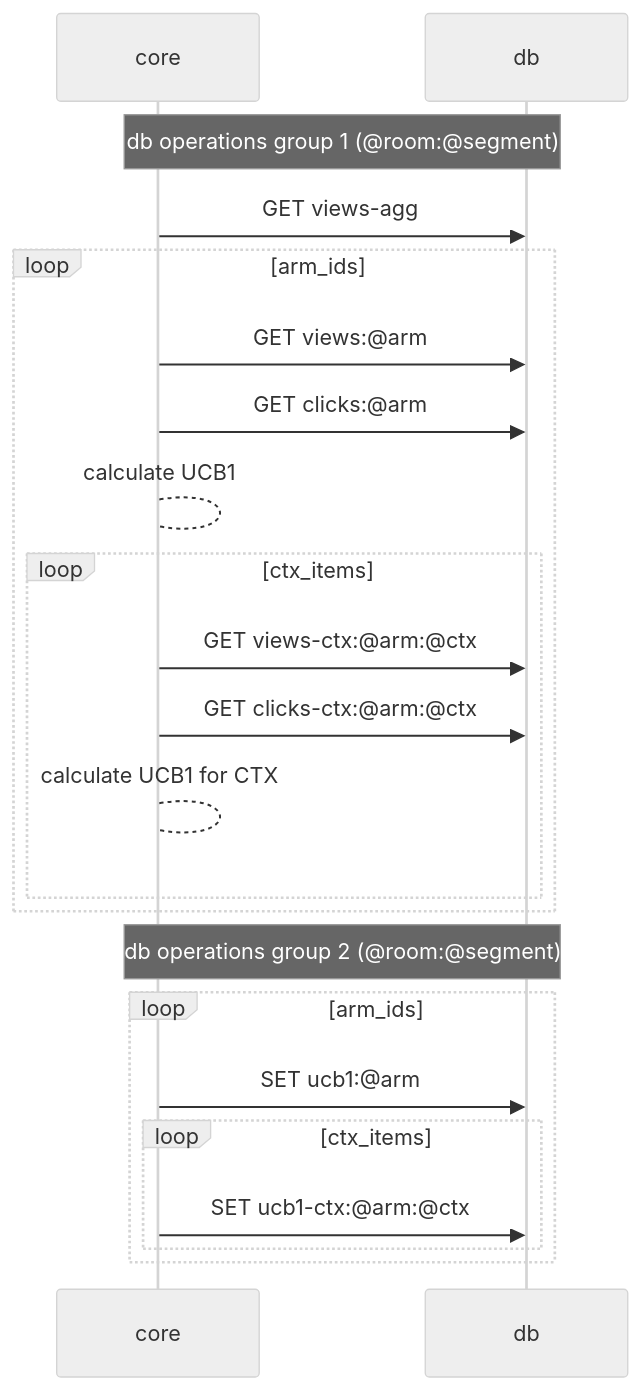
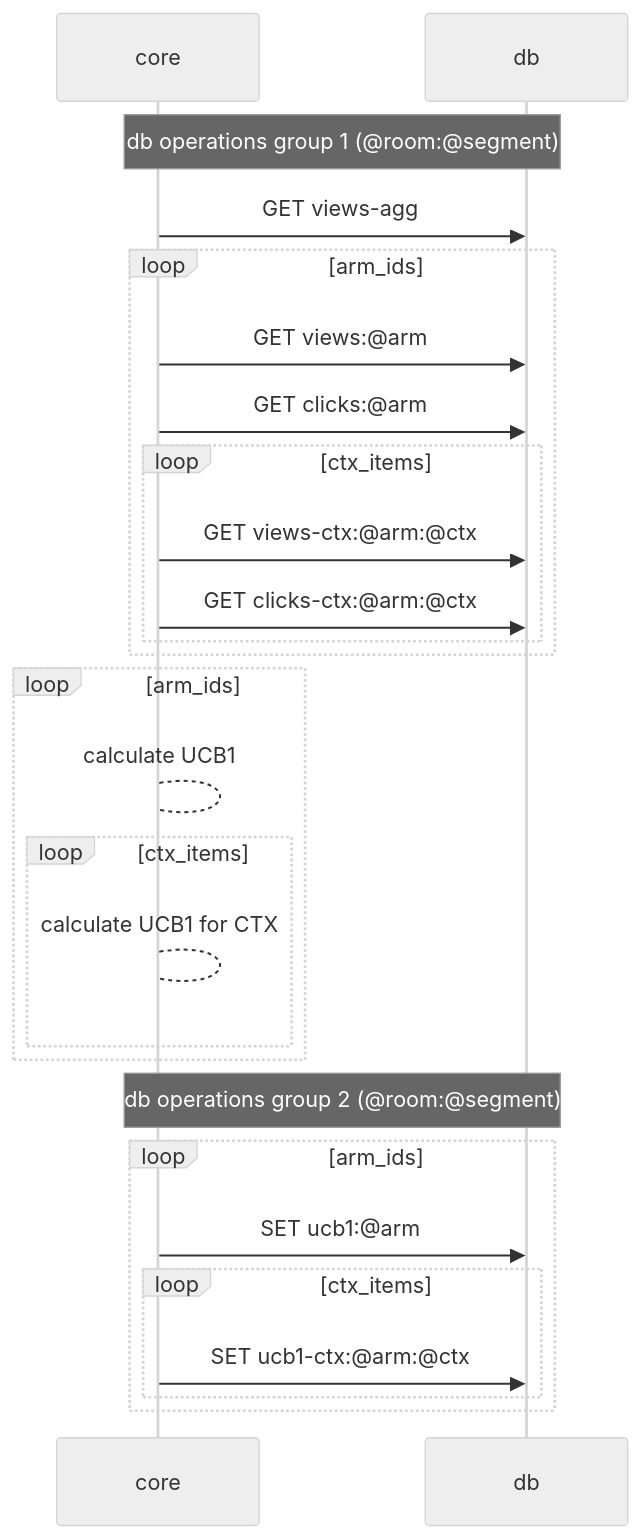
One commit to mobarski/kraken changed the second of 3 diagrams in README.md. Above: the diagram before and after it, drawn with Mermaid (neutral theme). The commit also changed other lines of this file, not shown here.

````diff
--- a/README.md
+++ b/README.md
@@ -90,25 +95,30 @@
 ```mermaid
 sequenceDiagram
 
 note over core,db : db operations group 1 (@room:@segment)
 core ->> db : GET views-agg
 loop arm_ids
 core ->> db : GET views:@arm
 core ->> db : GET clicks:@arm
-core --> core : calculate UCB1
 loop ctx_items
 core ->> db : GET views-ctx:@arm:@ctx
 core ->> db : GET clicks-ctx:@arm:@ctx
+end
+end
+
+loop arm_ids
+core --> core : calculate UCB1
+loop ctx_items
 core --> core : calculate UCB1 for CTX
 end
 end
 
 note over core,db : db operations group 2 (@room:@segment)
 loop arm_ids
 core ->> db : SET ucb1:@arm
 loop ctx_items
 core ->> db : SET ucb1-ctx:@arm:@ctx
 end
 end
 
 ```
````
